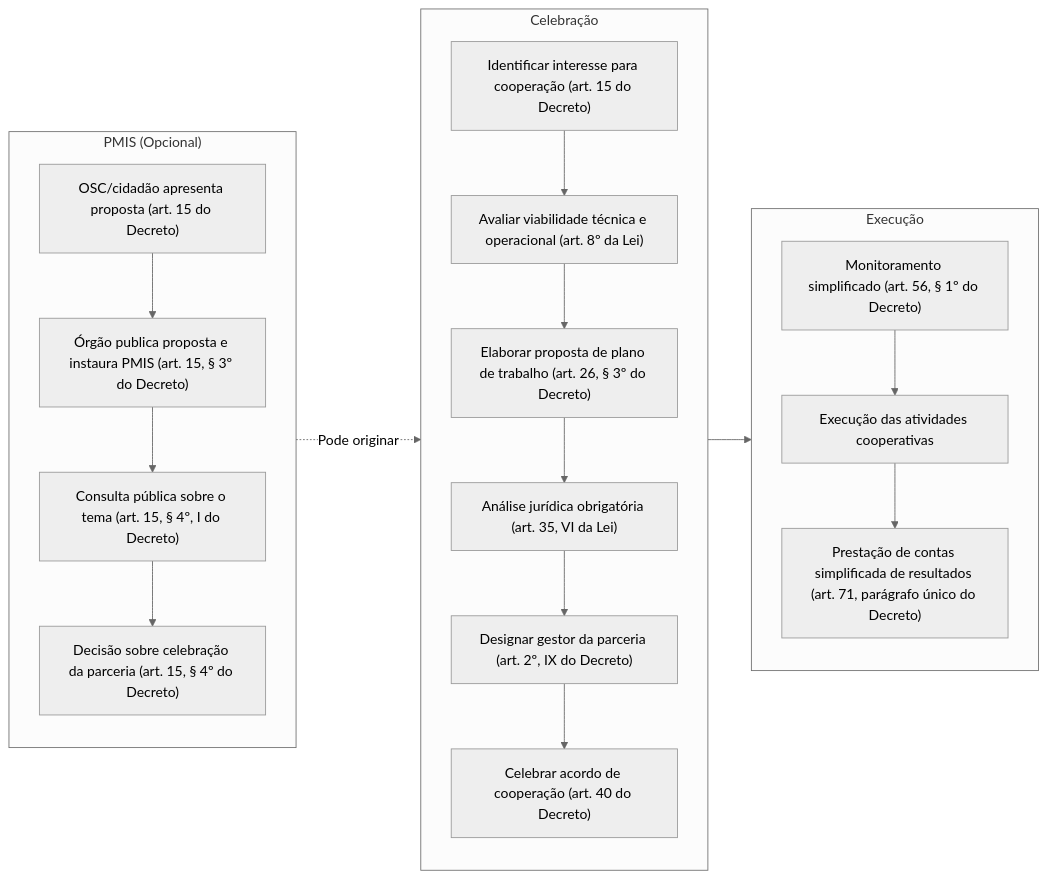
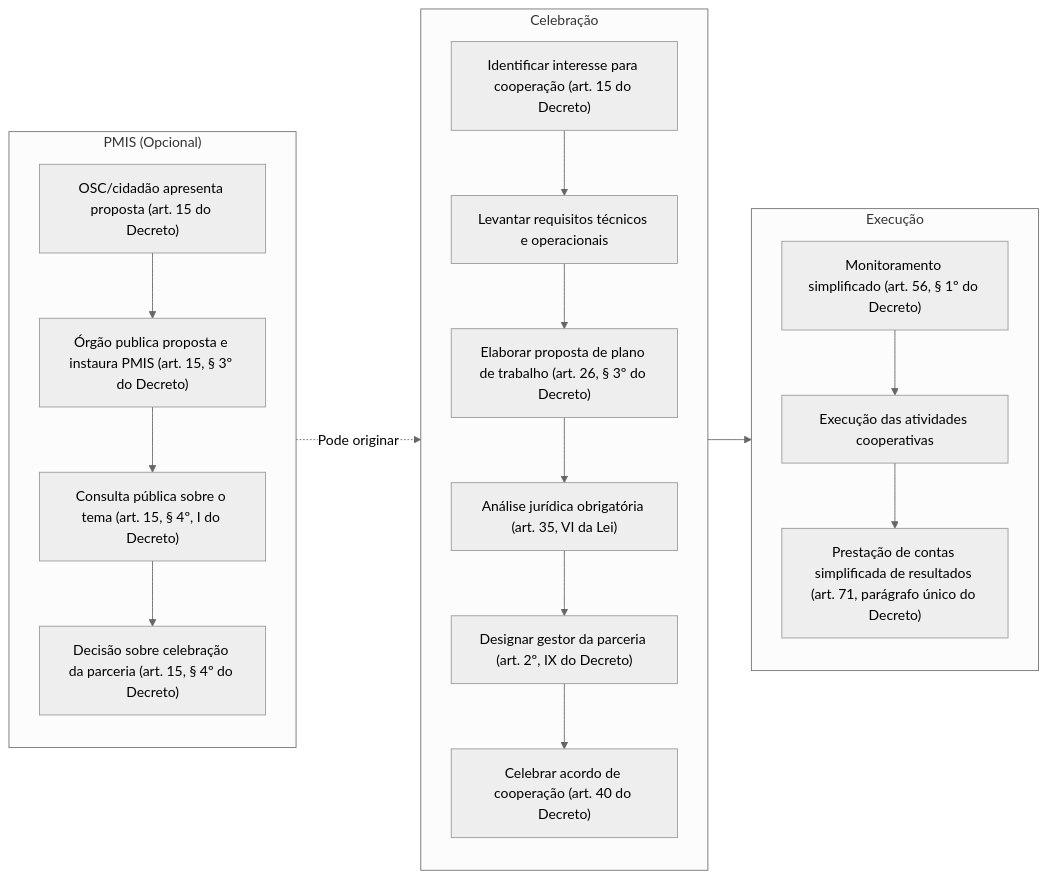
One commit to iepha-mg/manual.appi changed the first of 4 diagrams in paginas/marcos_regulatorios/MROSC/AC/README.md. Above: the diagram before and after it, drawn with Mermaid (neutral theme). The commit also changed other lines of this file, not shown here.

```diff
--- a/paginas/marcos_regulatorios/MROSC/AC/README.md
+++ b/paginas/marcos_regulatorios/MROSC/AC/README.md
@@ -80,27 +80,27 @@
 <div class="mermaid">
 flowchart LR
     subgraph PMIS ["PMIS (Opcional)"]
         P1["OSC/cidadão apresenta proposta (art. 15 do Decreto)"]
         P2["Órgão publica proposta e instaura PMIS (art. 15, § 3º do Decreto)"]
         P3["Consulta pública sobre o tema (art. 15, § 4º, I do Decreto)"]
         P4["Decisão sobre celebração da parceria (art. 15, § 4º do Decreto)"]
         P1 --> P2 --> P3 --> P4
     end
     subgraph Celebração
         A1["Identificar interesse para cooperação (art. 15 do Decreto)"]
-        A2["Avaliar viabilidade técnica e operacional (art. 8º da Lei)"]
+        A2["Levantar requisitos técnicos e operacionais"]
         A3["Elaborar proposta de plano de trabalho (art. 26, § 3º do Decreto)"]
         A4["Análise jurídica obrigatória (art. 35, VI da Lei)"]
         A5["Designar gestor da parceria (art. 2º, IX do Decreto)"]
         A6["Celebrar acordo de cooperação (art. 40 do Decreto)"]
         A1 --> A2 --> A3 --> A4 --> A5 --> A6
     end
     subgraph Execução
         B1["Monitoramento simplificado (art. 56, § 1º do Decreto)"]
         B2["Execução das atividades cooperativas"]
         B3["Prestação de contas simplificada de resultados (art. 71, parágrafo único do Decreto)"]
         B1 --> B2 --> B3
     end
     PMIS -.->|Pode originar| Celebração
     Celebração --> Execução
 </div>
```
